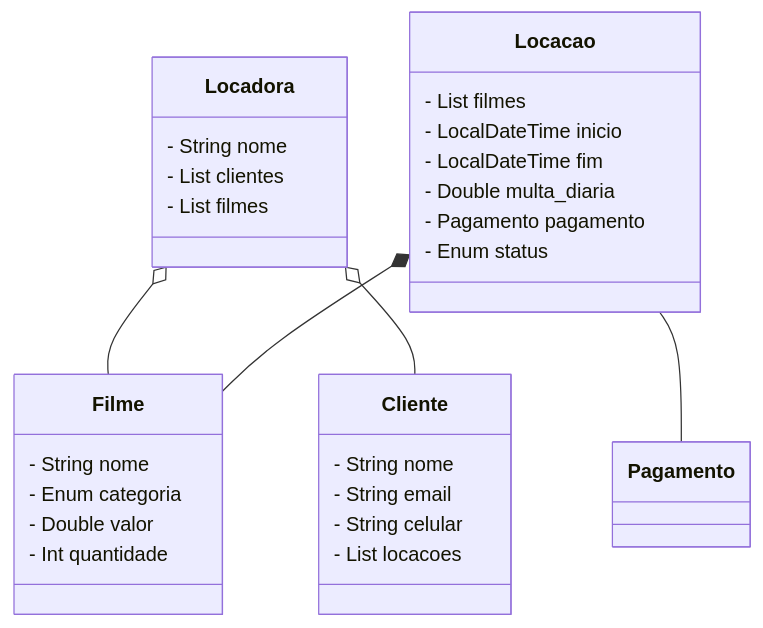
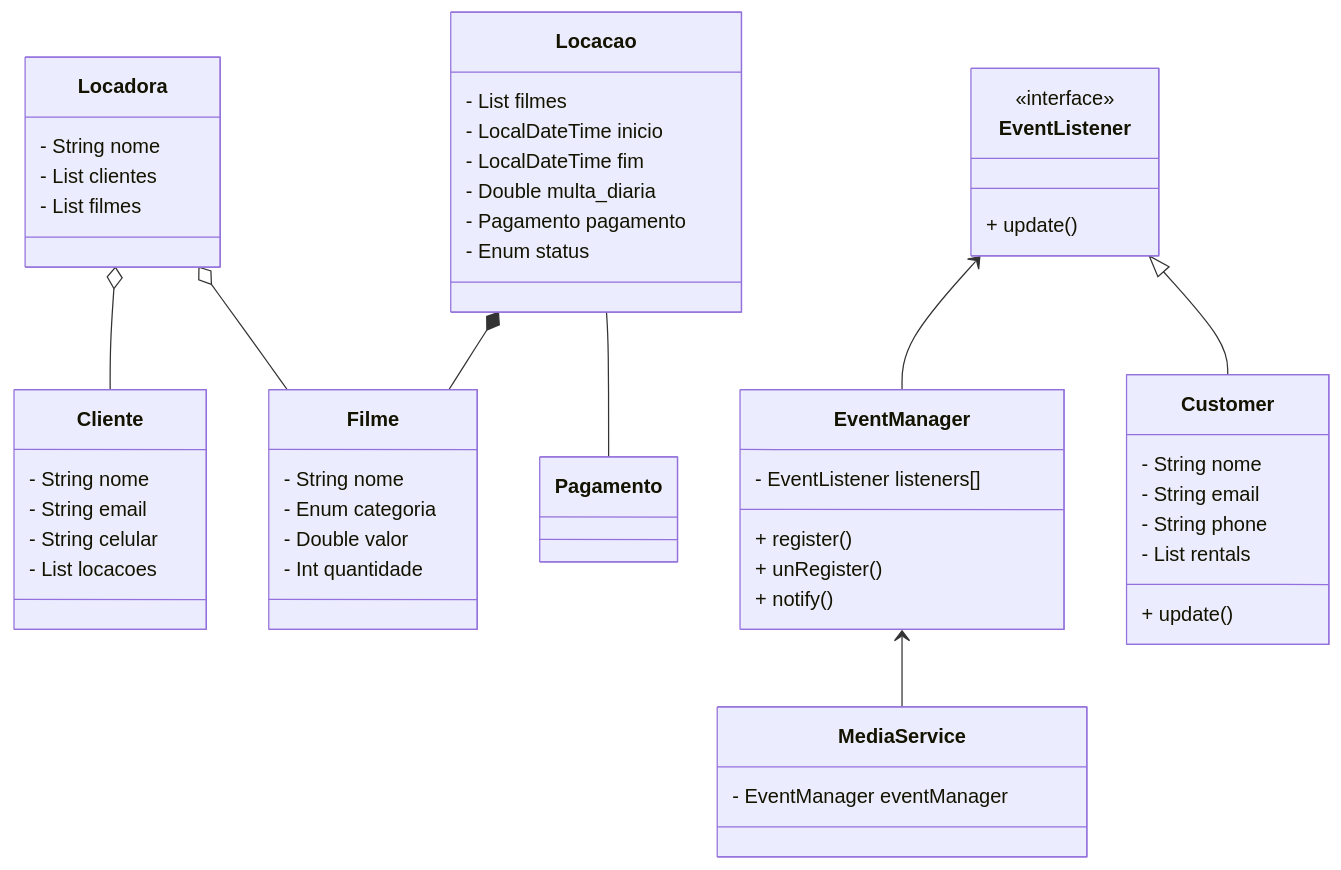
Before and after one commit to mateuscardoso99/SistemaOO: the diagram in README.md, drawn with Mermaid. The commit also changed 1 other file, not shown here.

Commit message:
diagrama observer

````diff
--- a/README.md
+++ b/README.md
@@ -9,43 +9,67 @@
 ```mermaid
 classDiagram
     class Locadora{
       - String nome
       - List<Cliente> clientes
       - List<Filme> filmes
     }
     
     class Locacao{
       - List<Filme> filmes
       - LocalDateTime inicio
       - LocalDateTime fim
       - Double multa_diaria
       - Pagamento pagamento
       - Enum status
     }
     
     class Cliente{
      - String nome
      - String email
      - String celular
      - List<Locacao> locacoes
     }
 
     class Filme{
     - String nome
     - Enum categoria
     - Double valor
     - Int quantidade
     }
 
     class Pagamento{
     
     }
 
     Locadora o-- Filme 
 
     Locadora o-- Cliente
 
     Locacao *-- Filme
 
     Locacao -- Pagamento
+
+    class EventListener
+    <<interface>> EventListener
+    EventListener : + update()
+    
+    EventManager <-- MediaService
+    EventListener <|-- Customer
+    EventListener <-- EventManager
+
+    class EventManager
+    EventManager : - EventListener listeners[]
+    EventManager : + register()
+    EventManager : + unRegister()
+    EventManager : + notify()
+
+    class Customer
+    Customer : - String nome
+    Customer : - String email
+    Customer : - String phone
+    Customer : - List<Rental> rentals
+    Customer : + update()
+
+    class MediaService
+    MediaService : - EventManager eventManager
 ```
````
